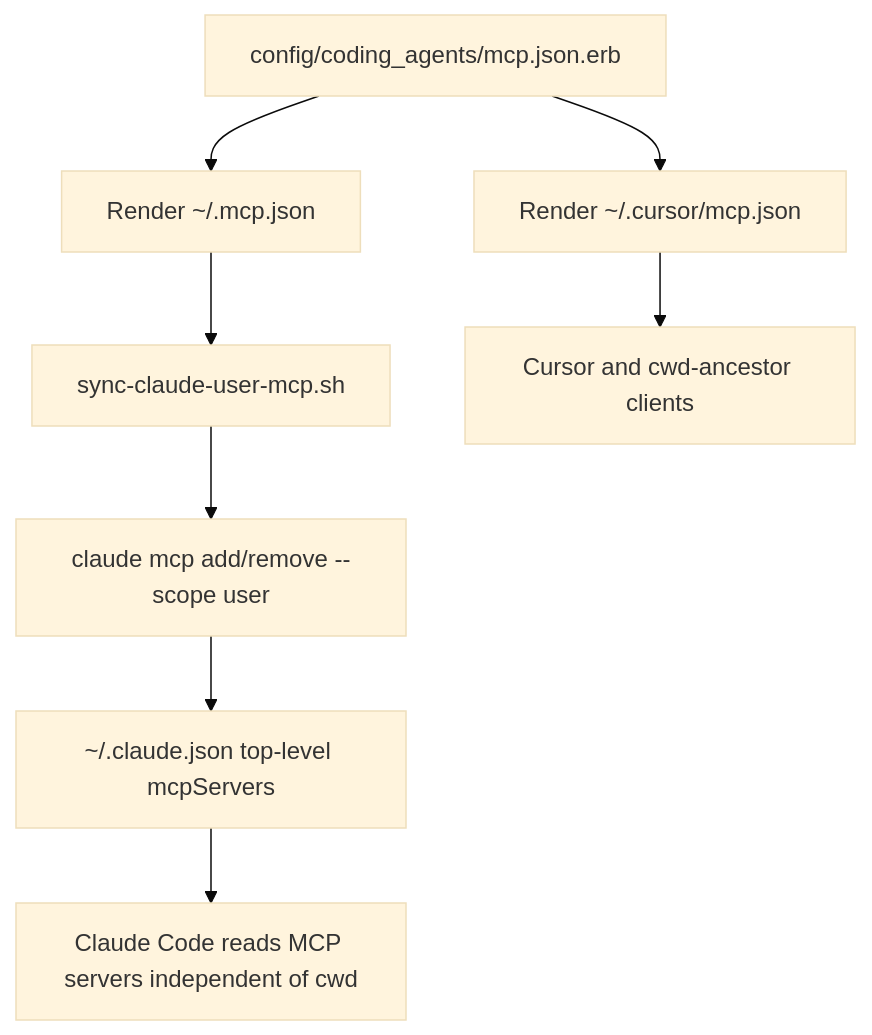
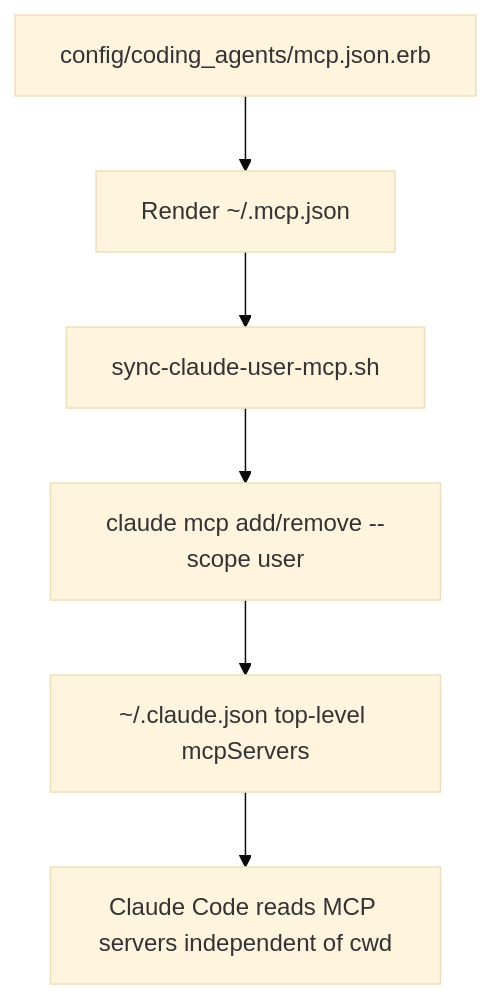
One commit to Tyaba/dotfiles changed the eighth of 10 diagrams in README.md. Above: the diagram before and after it, drawn with Mermaid (base theme). The commit also changed other lines of this file and 12 other files, not shown here.

````diff
--- a/README.md
+++ b/README.md
@@ -360,10 +373,8 @@
 ```mermaid
 flowchart TD
     A[config/coding_agents/mcp.json.erb] --> B[Render ~/.mcp.json]
-    A --> C[Render ~/.cursor/mcp.json]
     B --> D[sync-claude-user-mcp.sh]
     D --> E[claude mcp add/remove --scope user]
     E --> F[~/.claude.json top-level mcpServers]
     F --> G[Claude Code reads MCP servers independent of cwd]
-    C --> H[Cursor and cwd-ancestor clients]
 ```
````
